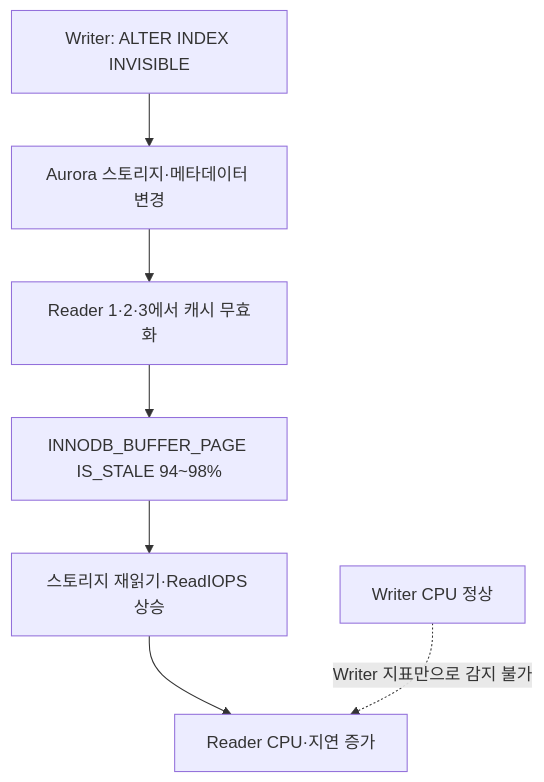
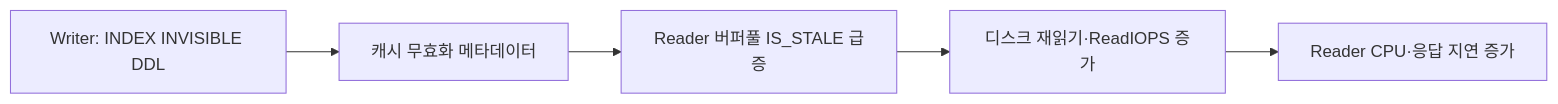
One commit to guseoh/cs changed the diagram in References/Tech Articles/Articles/2026/2026-10-27-Aurora-MySQL-인덱스-DDL이-Reader-버퍼풀을-비운다-e068bb77.md. Above: the diagram before and after it, drawn with Mermaid. The commit also changed other lines of this file and 29 other files, not shown here.

````diff
--- a/References/Tech Articles/Articles/2026/2026-10-27-Aurora-MySQL-인덱스-DDL이-Reader-버퍼풀을-비운다-e068bb77.md
+++ b/References/Tech Articles/Articles/2026/2026-10-27-Aurora-MySQL-인덱스-DDL이-Reader-버퍼풀을-비운다-e068bb77.md
@@ -35,9 +35,7 @@
 ```mermaid
-flowchart TD
-  A[Writer: ALTER INDEX INVISIBLE] --> B[Aurora 스토리지·메타데이터 변경]
-  B --> C[Reader 1·2·3에서 캐시 무효화]
-  C --> D[INNODB_BUFFER_PAGE IS_STALE 94~98%]
-  D --> E[스토리지 재읽기·ReadIOPS 상승]
-  E --> F[Reader CPU·지연 증가]
-  G[Writer CPU 정상] -. "Writer 지표만으로 감지 불가" .-> F
+flowchart LR
+ A[Writer: INDEX INVISIBLE DDL] --> B[캐시 무효화 메타데이터]
+ B --> C[Reader 버퍼풀 IS_STALE 급증]
+ C --> D[디스크 재읽기·ReadIOPS 증가]
+ D --> E[Reader CPU·응답 지연 증가]
 ```
````
